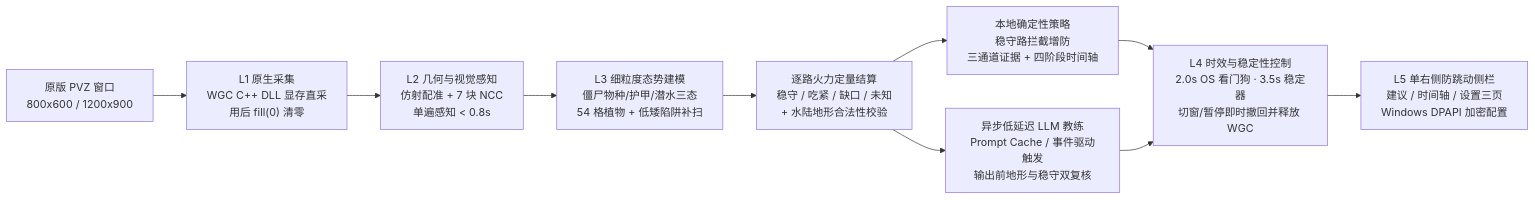
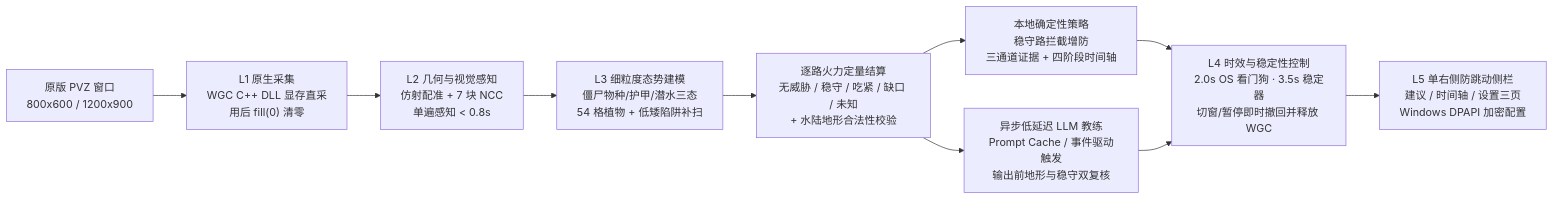
One commit to xd-yaoxu/PVZagent changed the diagram in README.md. Above: the diagram before and after it, drawn with Mermaid. The commit also changed other lines of this file, not shown here.

Commit message:
docs: align 5-level lane defense verdicts, Mermaid <br/> breaks, and static badges in README

````diff
--- a/README.md
+++ b/README.md
@@ -50,15 +50,15 @@
 ```mermaid
 flowchart LR
-    G["原版 PVZ 窗口\n800x600 / 1200x900"]
-    --> L1["L1 原生采集\nWGC C++ DLL 显存直采\n用后 fill(0) 清零"]
-    --> L2["L2 几何与视觉感知\n仿射配准 + 7 块 NCC\n单遍感知 < 0.8s"]
-    --> L3A["L3 细粒度态势建模\n僵尸物种/护甲/潜水三态\n54 格植物 + 低矮陷阱补扫"]
-    --> L3B["逐路火力定量结算\n稳守 / 吃紧 / 缺口 / 未知\n+ 水陆地形合法性校验"]
+    G["原版 PVZ 窗口<br/>800x600 / 1200x900"]
+    --> L1["L1 原生采集<br/>WGC C++ DLL 显存直采<br/>用后 fill(0) 清零"]
+    --> L2["L2 几何与视觉感知<br/>仿射配准 + 7 块 NCC<br/>单遍感知 < 0.8s"]
+    --> L3A["L3 细粒度态势建模<br/>僵尸物种/护甲/潜水三态<br/>54 格植物 + 低矮陷阱补扫"]
+    --> L3B["逐路火力定量结算<br/>无威胁 / 稳守 / 吃紧 / 缺口 / 未知<br/>+ 水陆地形合法性校验"]
 
-    L3B --> LOCAL["本地确定性策略\n稳守路拦截增防\n三通道证据 + 四阶段时间轴"]
-    L3B --> LLM["异步低延迟 LLM 教练\nPrompt Cache / 事件驱动触发\n输出前地形与稳守双复核"]
+    L3B --> LOCAL["本地确定性策略<br/>稳守路拦截增防<br/>三通道证据 + 四阶段时间轴"]
+    L3B --> LLM["异步低延迟 LLM 教练<br/>Prompt Cache / 事件驱动触发<br/>输出前地形与稳守双复核"]
 
-    LOCAL --> L4["L4 时效与稳定性控制\n2.0s OS 看门狗 · 3.5s 稳定器\n切窗/暂停即时撤回并释放 WGC"]
+    LOCAL --> L4["L4 时效与稳定性控制<br/>2.0s OS 看门狗 · 3.5s 稳定器<br/>切窗/暂停即时撤回并释放 WGC"]
     LLM --> L4
-    L4 --> L5["L5 单右侧防跳动侧栏\n建议 / 时间轴 / 设置三页\nWindows DPAPI 加密配置"]
+    L4 --> L5["L5 单右侧防跳动侧栏<br/>建议 / 时间轴 / 设置三页<br/>Windows DPAPI 加密配置"]
 ```
````
